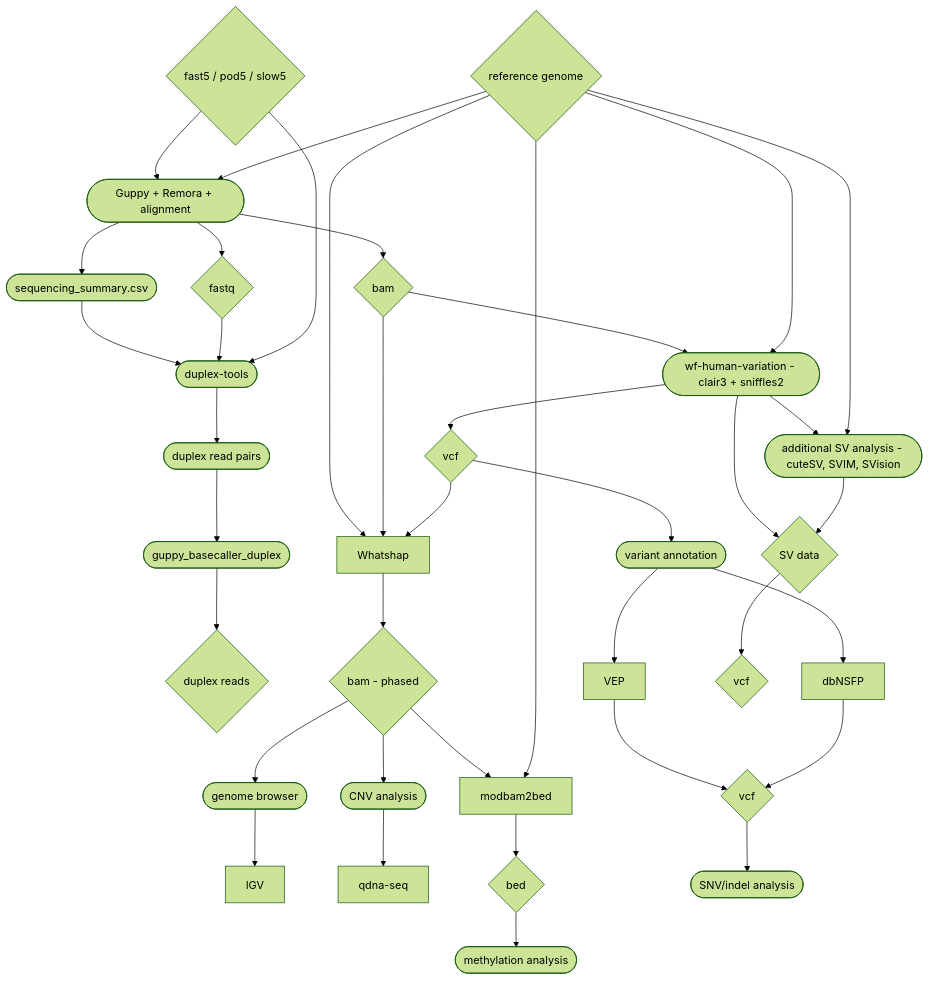
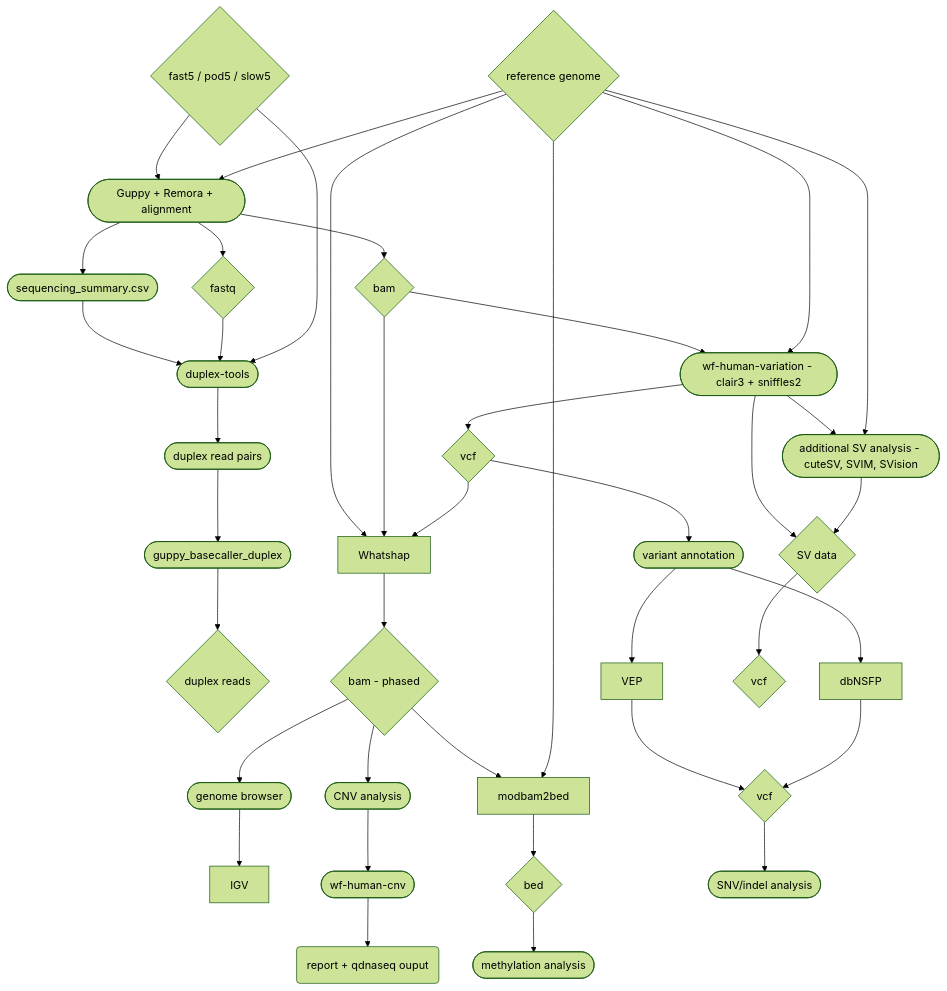
One commit to leahkemp/ont_human_workflow changed the diagram in docs/original_work/workflow_outline/workflow_outline.md. Above: the diagram before and after it, drawn with Mermaid (forest theme).

Commit message:
add Miles' update to workflow diagram

````diff
--- a/docs/original_work/workflow_outline/workflow_outline.md
+++ b/docs/original_work/workflow_outline/workflow_outline.md
@@ -22,40 +22,41 @@
 ```mermaid
 graph TD;
     fast5{fast5 / pod5 / slow5}-->Guppy/Remora/alignment([Guppy + Remora + alignment]);
     Guppy/Remora/alignment-->modbam{bam};
     Guppy/Remora/alignment-->seqsum([sequencing_summary.csv]);
     seqsum-->duplex_tools([duplex-tools]);
     Guppy/Remora/alignment-->fastq{fastq};
     fastq-->duplex_tools;
     fast5-->duplex_tools;
     duplex_tools-->read_pairs([duplex read pairs]);
     read_pairs-->guppy_duplex([guppy_basecaller_duplex]);
     guppy_duplex-->duplex_reads{duplex reads}
     modbam-->Clair3_nextflow;
     GRCh38_ref_genome{reference genome}-->Guppy/Remora/alignment;
     GRCh38_ref_genome{reference genome}-->Clair3_nextflow([wf-human-variation - clair3 + sniffles2]);
     GRCh38_ref_genome{reference genome}-->Whatshap
     modbam{bam}-->Whatshap;
     Whatshap-->modbam_phased{bam - phased};
     Clair3_nextflow-->vcf_phased;
     modbam_phased-->view([genome browser]);
     view-->IGV;
     vcf_phased{vcf}-->Whatshap;
     vcf_phased{vcf}-->variant_annotation([variant annotation]);
     variant_annotation-->VEP;
     variant_annotation-->dbNSFP;
     modbam_phased-->CNV_analysis([CNV analysis]);
-    CNV_analysis-->qdna-seq
+    CNV_analysis-->qdna-seq([wf-human-cnv]);
+    qdna-seq-->output(report + qdnaseq ouput);
     modbam_phased-->modbam2bed;
     modbam2bed-->mod_bed.gz;
     GRCh38_ref_genome{reference genome}-->modbam2bed;
     mod_bed.gz{bed}-->methylation_analysis([methylation analysis]);
     Clair3_nextflow-->sniffles2([additional SV analysis - cuteSV, SVIM, SVision]);
     GRCh38_ref_genome{reference genome}-->sniffles2;
     Clair3_nextflow-->SV_data;
     sniffles2-->SV_data{SV data};
     SV_data-->SV_vcf.gz{vcf};
     VEP-->annotated_vcf.gz{vcf};
     dbNSFP-->annotated_vcf.gz;
     annotated_vcf.gz-->SNV_indel_analysis([SNV/indel analysis]);
 ```
````
